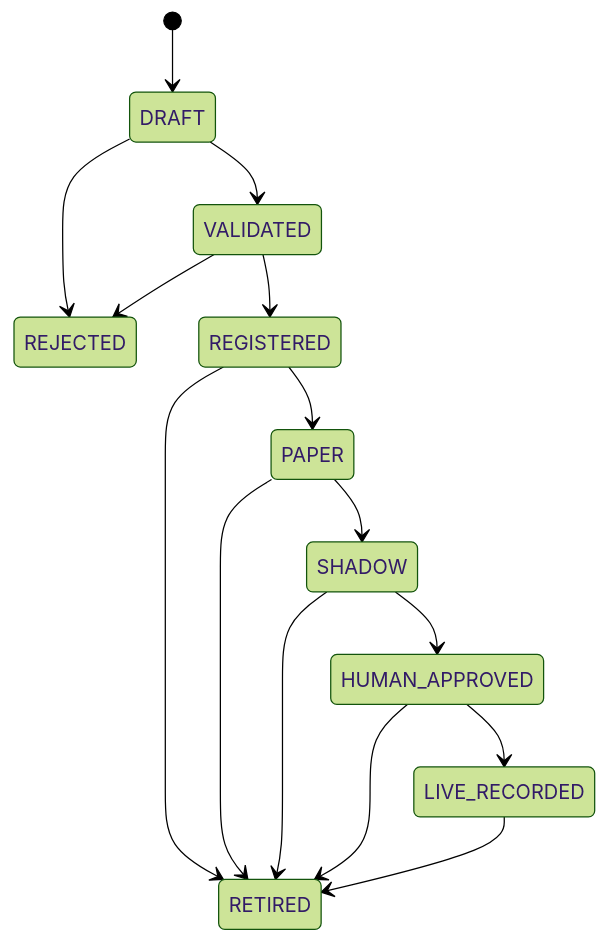
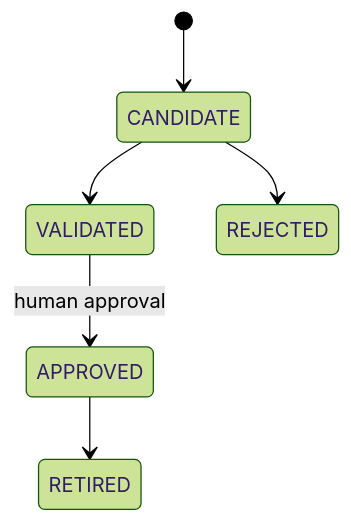
The fourth of 6 diagrams in docs/02_Architecture.md (PJH-02/Alpha_factory), drawn with Mermaid (forest theme) before and after one commit. The commit also changed other lines of this file and 19 other files, not shown here.

````diff
--- a/docs/02_Architecture.md
+++ b/docs/02_Architecture.md
@@ -337,17 +180,8 @@
 ```mermaid
 stateDiagram-v2
-    [*] --> DRAFT
-    DRAFT --> VALIDATED
-    DRAFT --> REJECTED
-    VALIDATED --> REGISTERED
-    VALIDATED --> REJECTED
-    REGISTERED --> PAPER
-    PAPER --> SHADOW
-    SHADOW --> HUMAN_APPROVED
-    HUMAN_APPROVED --> LIVE_RECORDED
-    REGISTERED --> RETIRED
-    PAPER --> RETIRED
-    SHADOW --> RETIRED
-    HUMAN_APPROVED --> RETIRED
-    LIVE_RECORDED --> RETIRED
+    [*] --> CANDIDATE
+    CANDIDATE --> VALIDATED
+    CANDIDATE --> REJECTED
+    VALIDATED --> APPROVED: human approval
+    APPROVED --> RETIRED
 ```
````
